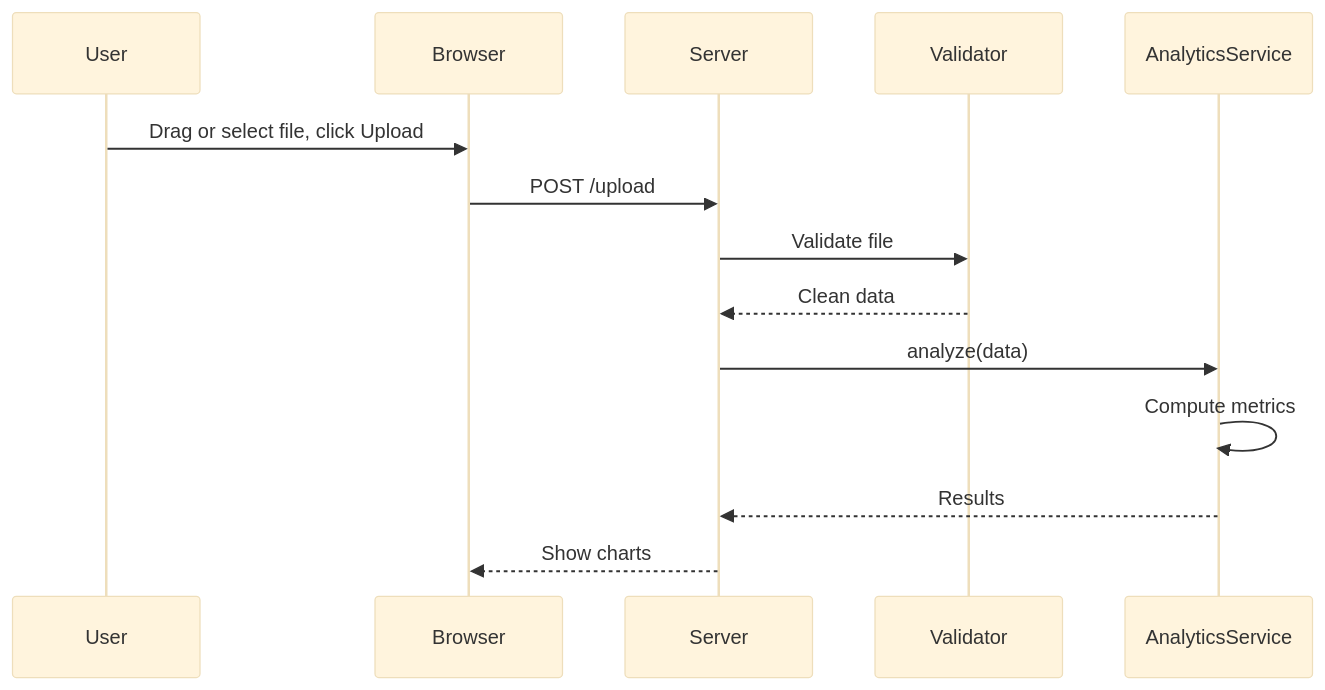
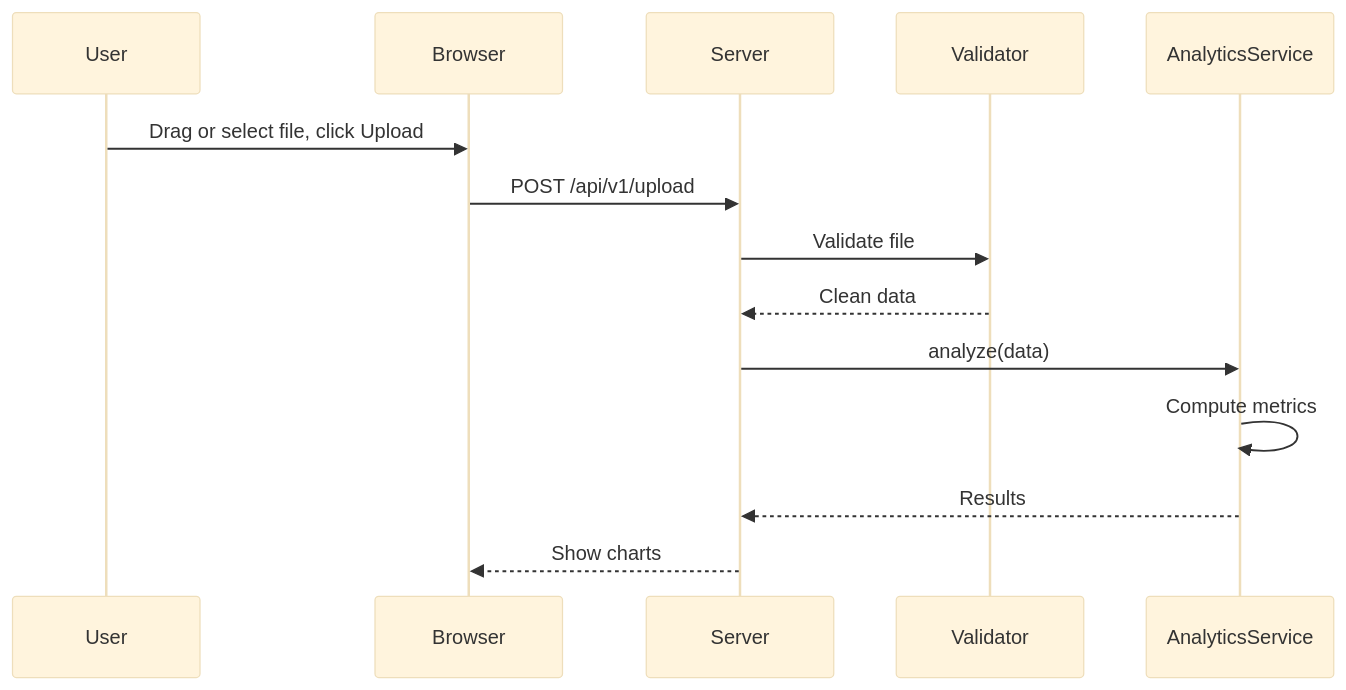
One commit to WSG23/yosai_intel_dashboard_fresh changed the diagram in docs/analytics_sequence.md. Above: the diagram before and after it, drawn with Mermaid (base theme). The commit also changed 11 other files, not shown here.

````diff
--- a/docs/analytics_sequence.md
+++ b/docs/analytics_sequence.md
@@ -5,17 +5,17 @@
 ```mermaid
 sequenceDiagram
     participant U as User
     participant B as Browser
     participant S as Server
     participant V as Validator
     participant AS as AnalyticsService
 
     U->>B: Drag or select file, click Upload
-    B->>S: POST /upload
+    B->>S: POST /api/v1/upload
     S->>V: Validate file
     V-->>S: Clean data
     S->>AS: analyze(data)
     AS->>AS: Compute metrics
     AS-->>S: Results
     S-->>B: Show charts
 ```
````
